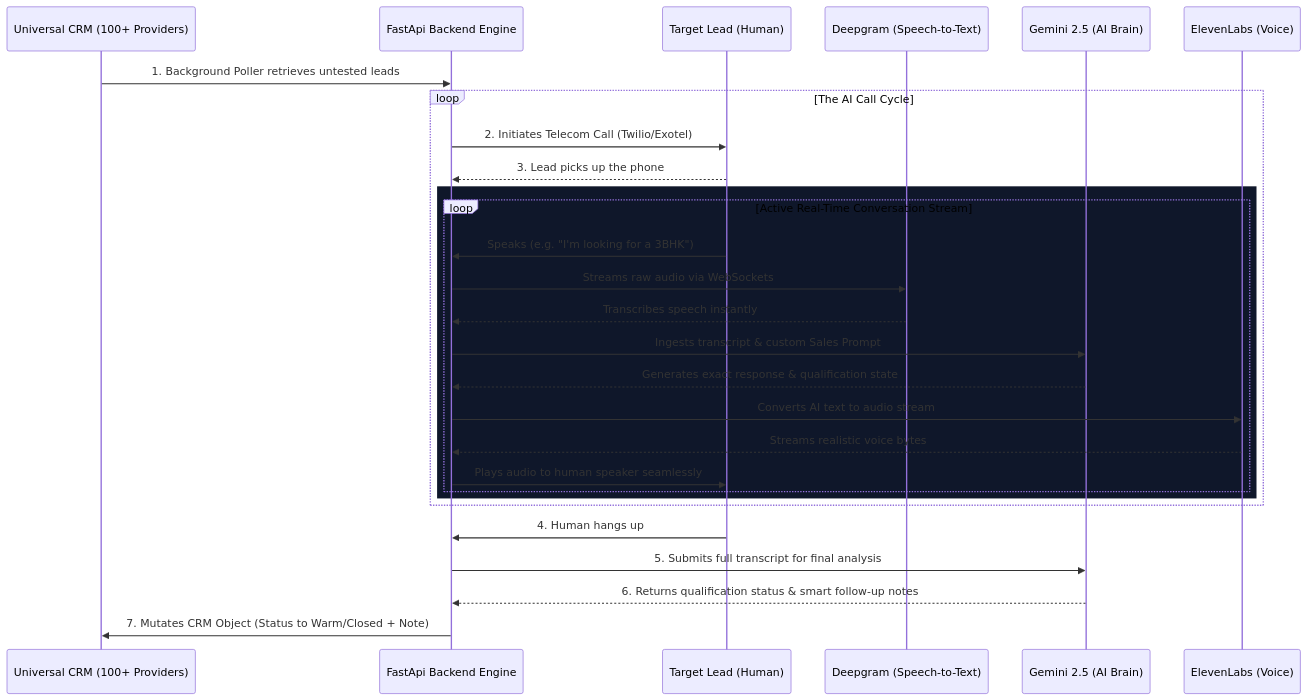
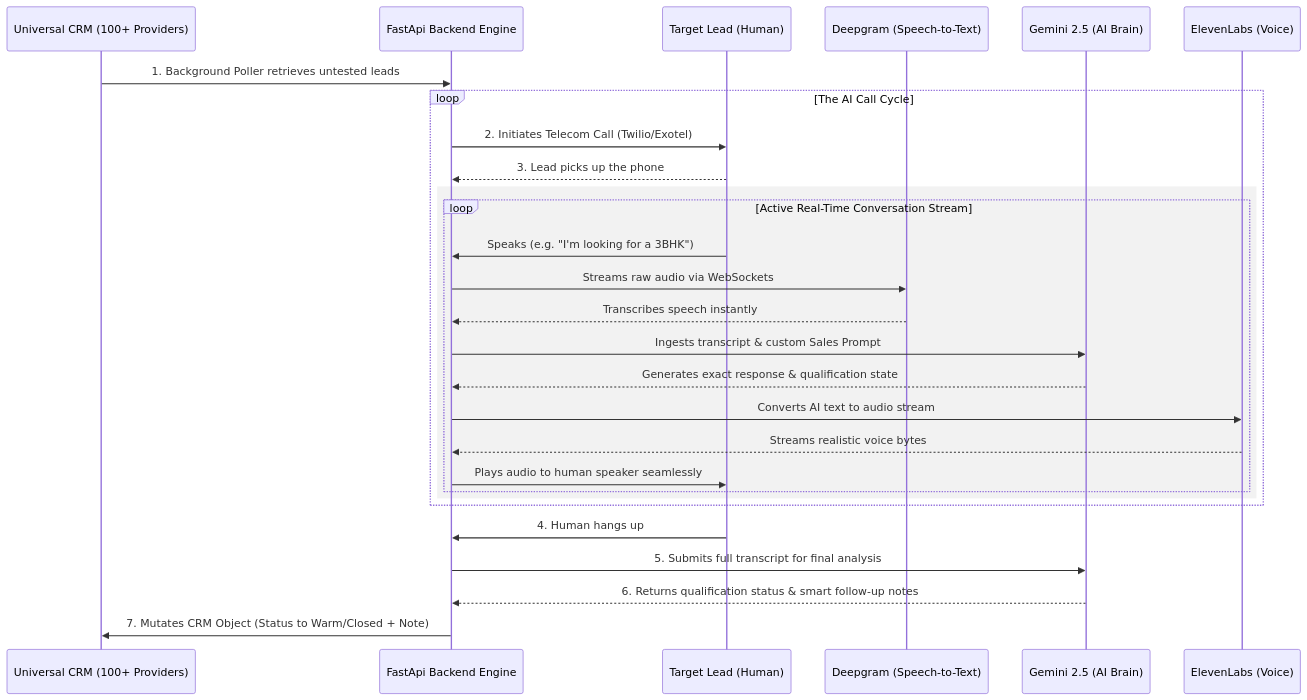
One commit to sumitglobussoft/globussoft-ai-dailer changed the diagram in README.md. Above: the diagram before and after it, drawn with Mermaid.

Commit message:
style: fix mermaid diagram bounding box visibility on light themes

````diff
--- a/README.md
+++ b/README.md
@@ -8,33 +8,33 @@
 ```mermaid
 sequenceDiagram
     participant CRM as Universal CRM (100+ Providers)
     participant Dialer as FastApi Backend Engine
     participant Human as Target Lead (Human)
     participant STT as Deepgram (Speech-to-Text)
     participant LLM as Gemini 2.5 (AI Brain)
     participant TTS as ElevenLabs (Voice)
 
     CRM->>Dialer: 1. Background Poller retrieves untested leads
     loop The AI Call Cycle
         Dialer->>Human: 2. Initiates Telecom Call (Twilio/Exotel)
         Human-->>Dialer: 3. Lead picks up the phone
         
-        rect rgb(15, 23, 42)
+        rect rgba(0, 0, 0, 0.05)
         loop Active Real-Time Conversation Stream
             Human->>Dialer: Speaks (e.g. "I'm looking for a 3BHK")
             Dialer->>STT: Streams raw audio via WebSockets
             STT-->>Dialer: Transcribes speech instantly
             Dialer->>LLM: Ingests transcript & custom Sales Prompt
             LLM-->>Dialer: Generates exact response & qualification state
             Dialer->>TTS: Converts AI text to audio stream
             TTS-->>Dialer: Streams realistic voice bytes
             Dialer->>Human: Plays audio to human speaker seamlessly
         end
         end
     end
 
     Human->>Dialer: 4. Human hangs up
     Dialer->>LLM: 5. Submits full transcript for final analysis
     LLM-->>Dialer: 6. Returns qualification status & smart follow-up notes
     Dialer->>CRM: 7. Mutates CRM Object (Status to Warm/Closed + Note)
 ```
````
